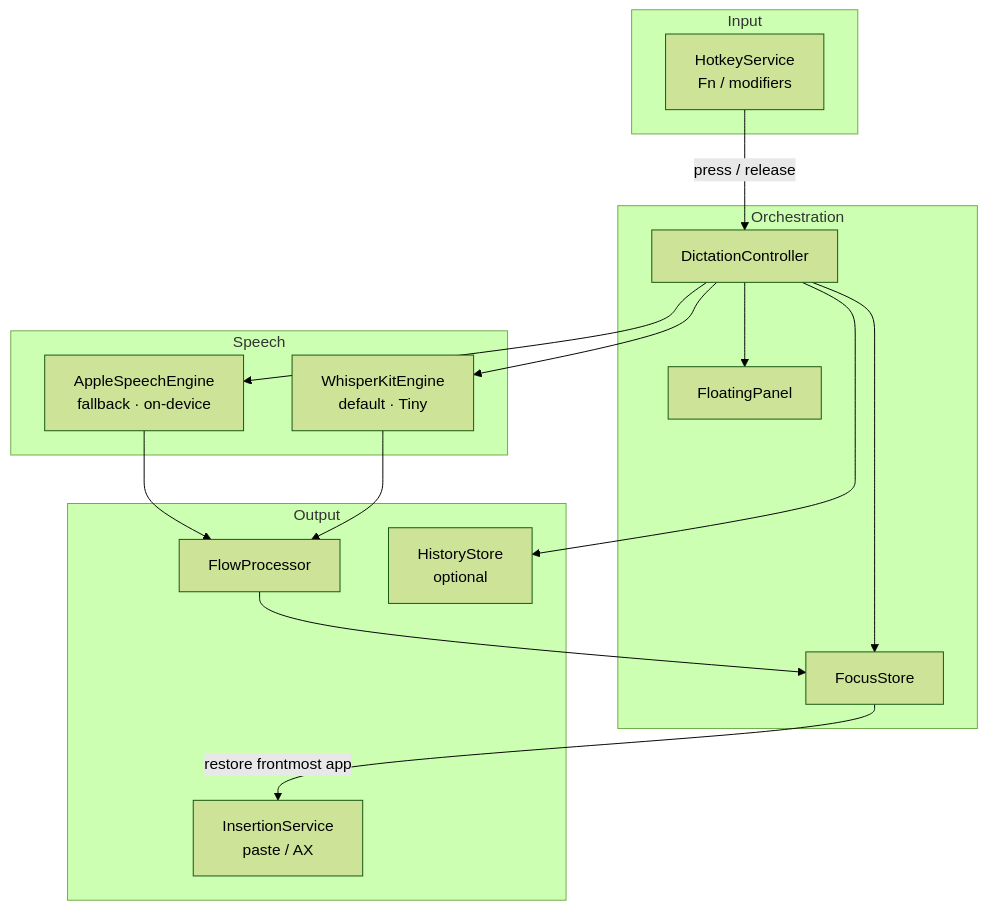
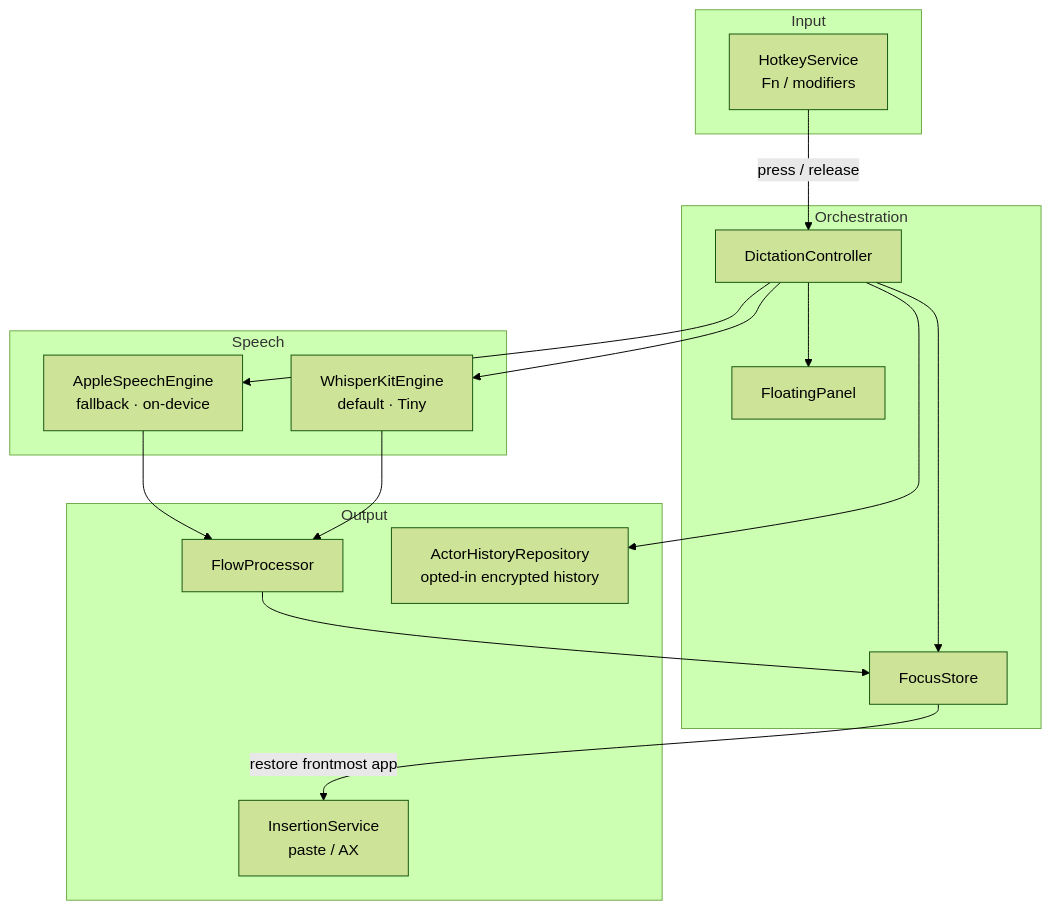
The diagram in README.md (joe-broadhead/zephyr-flow), drawn with Mermaid (forest theme) before and after one commit. The commit also changed other lines of this file and 17 other files, not shown here.

````diff
--- a/README.md
+++ b/README.md
@@ -94,34 +108,34 @@
 ```mermaid
 flowchart TB
   subgraph Input
     HK[HotkeyService<br/>Fn / modifiers]
   end
 
   subgraph Orchestration
     DC[DictationController]
     FS[FocusStore]
     FP[FloatingPanel]
   end
 
   subgraph Speech
     AS[AppleSpeechEngine<br/>fallback · on-device]
     WK[WhisperKitEngine<br/>default · Tiny]
   end
 
   subgraph Output
     FL[FlowProcessor]
     IN[InsertionService<br/>paste / AX]
-    HS[HistoryStore<br/>optional]
+    HS[ActorHistoryRepository<br/>opted-in encrypted history]
   end
 
   HK -->|press / release| DC
   DC --> FP
   DC --> AS
   DC --> WK
   DC --> FS
   AS --> FL
   WK --> FL
   FL --> FS
   FS -->|restore frontmost app| IN
   DC --> HS
 ```
````
